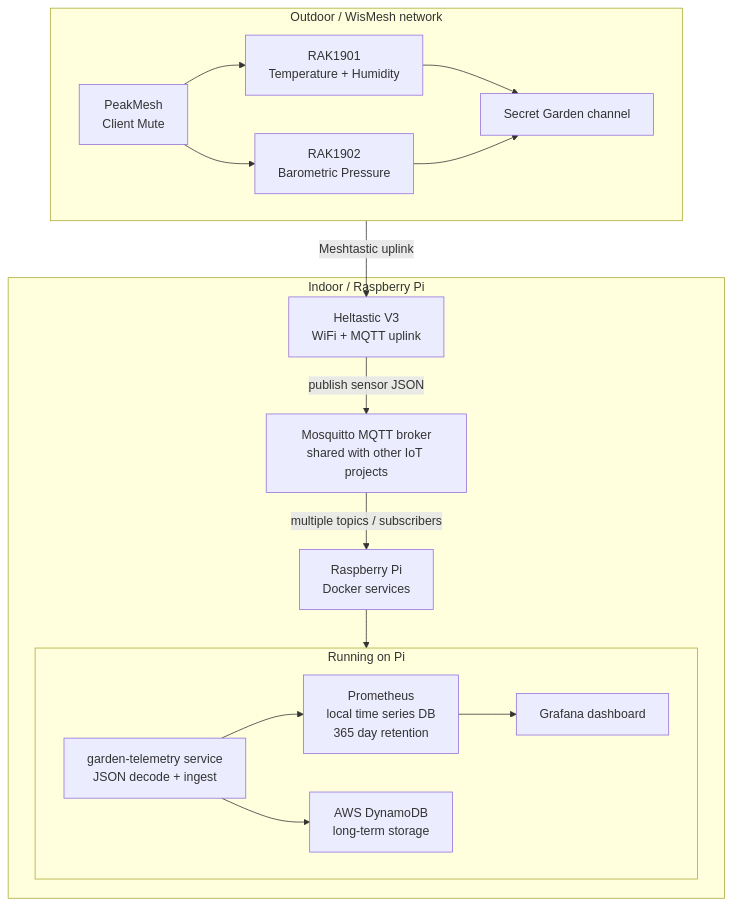
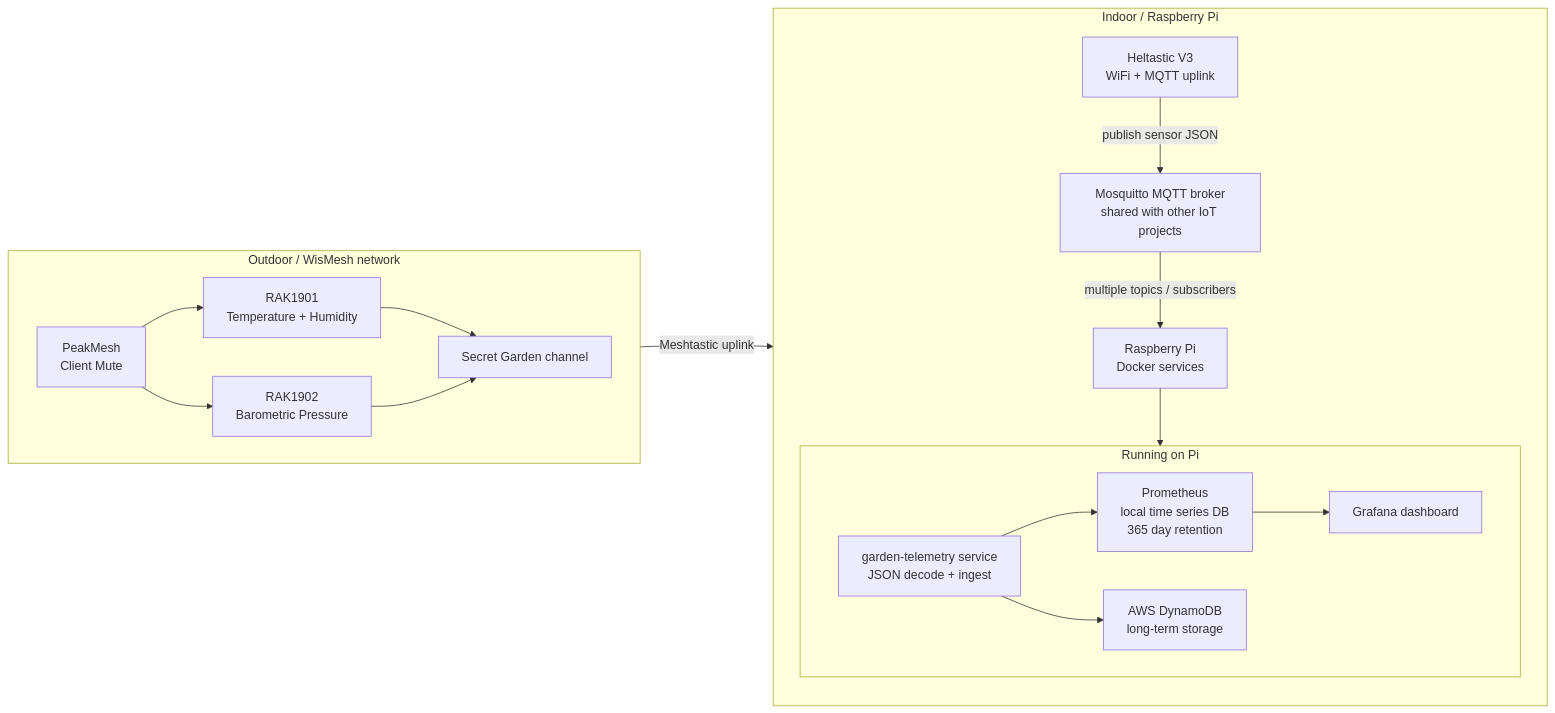
Before and after one commit to teisha/wismesh-mqtt-sensors: the diagram in README.md, drawn with Mermaid.

Commit message:
was not trying to really learn mermaid today, but wanted to format this so that it's not huge in any direction

````diff
--- a/README.md
+++ b/README.md
@@ -94,38 +94,46 @@
 ```mermaid
-flowchart TB
+flowchart LR
     subgraph Outdoor["Outdoor / WisMesh network"]
         direction LR
         PM["PeakMesh\nClient Mute"]
         S1["RAK1901\nTemperature + Humidity"]
         S2["RAK1902\nBarometric Pressure"]
         CH["Secret Garden channel"]
 
         PM --> S1
         PM --> S2
         S1 --> CH
         S2 --> CH
     end
 
     subgraph Indoor["Indoor / Raspberry Pi"]
+        direction TB 
         HV["Heltastic V3\nWiFi + MQTT uplink"]
         MQTT["Mosquitto MQTT broker\nshared with other IoT projects"]
         PI["Raspberry Pi\nDocker services"]
+        
         subgraph PiServices["Running on Pi"]
             direction LR
             PROC["garden-telemetry service\nJSON decode + ingest"]
             PROM["Prometheus\nlocal time series DB\n365 day retention"]
             AWS["AWS DynamoDB\nlong-term storage"]
             GRAF["Grafana dashboard"]
 
             PROC --> PROM
             PROC --> AWS
             PROM --> GRAF
         end
 
-        CH -->|Meshtastic uplink| HV
         HV -->|publish sensor JSON| MQTT
         MQTT -->|multiple topics / subscribers| PI
         PI --> PROC
 
     end
+
+
+    %% Visible connection
+    CH -->|Meshtastic uplink| HV
+
+    %% Invisible link forcing Outdoor to sit vertically directly above Indoor
+    CH ~~~ HV
 ```
````
